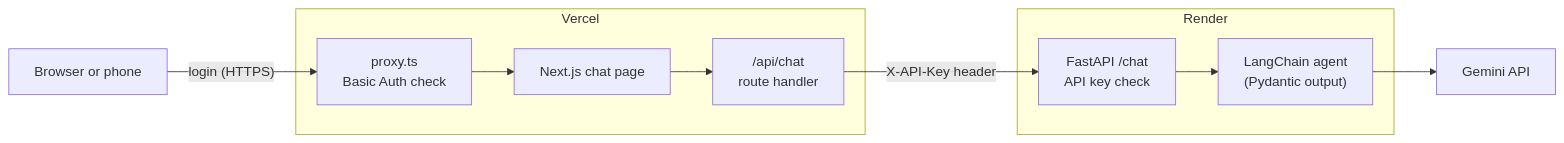
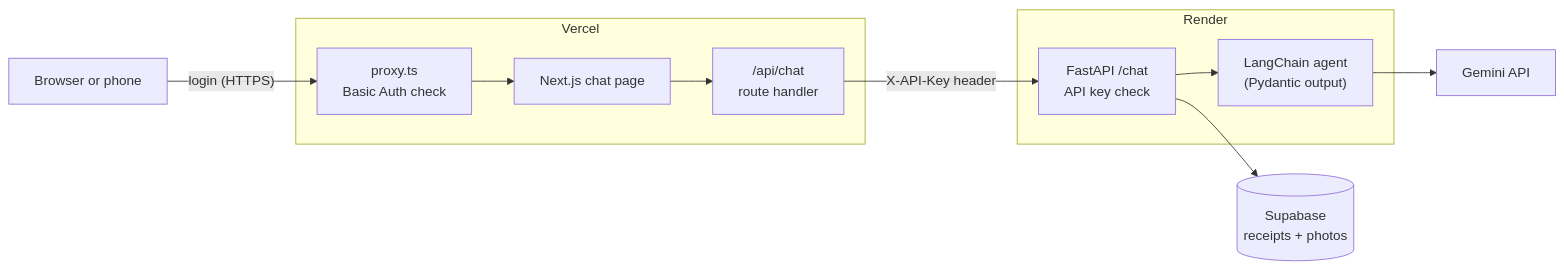
One commit to PoshLizard/treasurerAgent changed the first of 2 diagrams in readme.md. Above: the diagram before and after it, drawn with Mermaid. The commit also changed other lines of this file and 23 other files, not shown here.

````diff
--- a/readme.md
+++ b/readme.md
@@ -25,16 +25,17 @@
 ```mermaid
 flowchart LR
     User["Browser or phone"] -- "login (HTTPS)" --> Proxy
 
     subgraph Vercel["Vercel"]
         Proxy["proxy.ts<br/>Basic Auth check"] --> Page["Next.js chat page"]
         Page --> Route["/api/chat<br/>route handler"]
     end
 
     subgraph Render["Render"]
         API["FastAPI /chat<br/>API key check"] --> Agent["LangChain agent<br/>(Pydantic output)"]
     end
 
     Route -- "X-API-Key header" --> API
     Agent --> Gemini["Gemini API"]
+    API --> Supabase[("Supabase<br/>receipts + photos")]
 ```
````
